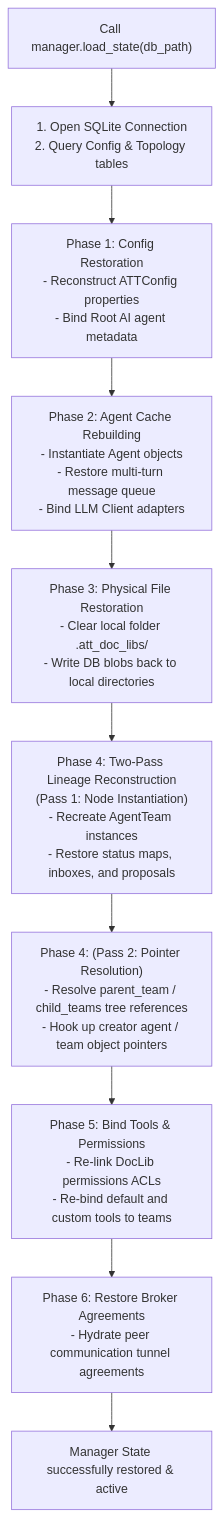
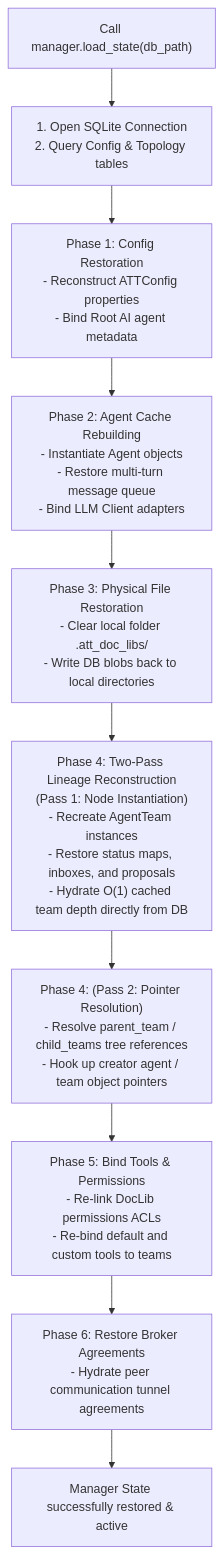
The second of 2 diagrams in docs/flowcharts/State_Persistence.md (AI-Team-Team/AI-Team-Team), drawn with Mermaid before and after one commit. The commit also changed other lines of this file and 12 other files, not shown here.

First line of the commit message:
docs(architecture): comprehensively update architecture specifications and flowcharts

````diff
--- a/docs/flowcharts/State_Persistence.md
+++ b/docs/flowcharts/State_Persistence.md
@@ -35,20 +35,20 @@
 ```mermaid
 flowchart TD
     StartLoad["Call manager.load_state(db_path)"] --> LoadDB["1. Open SQLite Connection\n2. Query Config & Topology tables"]
     
     LoadDB --> Step1Config["Phase 1: Config Restoration\n- Reconstruct ATTConfig properties\n- Bind Root AI agent metadata"]
     
     Step1Config --> Step2Agents["Phase 2: Agent Cache Rebuilding\n- Instantiate Agent objects\n- Restore multi-turn message queue\n- Bind LLM Client adapters"]
     
     Step2Agents --> Step3DocLib["Phase 3: Physical File Restoration\n- Clear local folder .att_doc_libs/<lib_id>\n- Write DB blobs back to local directories"]
     
-    Step3DocLib --> Step4Lineage1["Phase 4: Two-Pass Lineage Reconstruction\n(Pass 1: Node Instantiation)\n- Recreate AgentTeam instances\n- Restore status maps, inboxes, and proposals"]
+    Step3DocLib --> Step4Lineage1["Phase 4: Two-Pass Lineage Reconstruction\n(Pass 1: Node Instantiation)\n- Recreate AgentTeam instances\n- Restore status maps, inboxes, and proposals\n- Hydrate O(1) cached team depth directly from DB"]
     
     Step4Lineage1 --> Step5Lineage2["Phase 4: (Pass 2: Pointer Resolution)\n- Resolve parent_team / child_teams tree references\n- Hook up creator agent / team object pointers"]
     
     Step5Lineage2 --> Step6ToolBinding["Phase 5: Bind Tools & Permissions\n- Re-link DocLib permissions ACLs\n- Re-bind default and custom tools to teams"]
     
     Step6ToolBinding --> Step7Broker["Phase 6: Restore Broker Agreements\n- Hydrate peer communication tunnel agreements"]
     
     Step7Broker --> EndLoad["Manager State successfully restored & active"]
 ```
````
